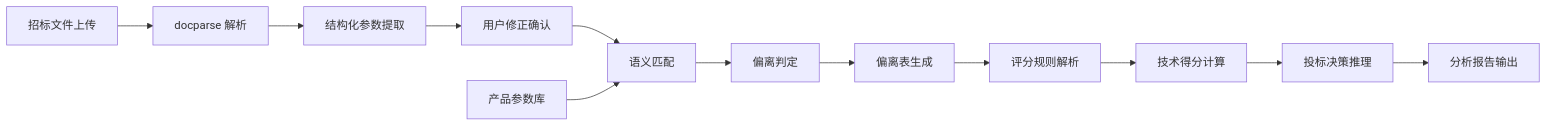
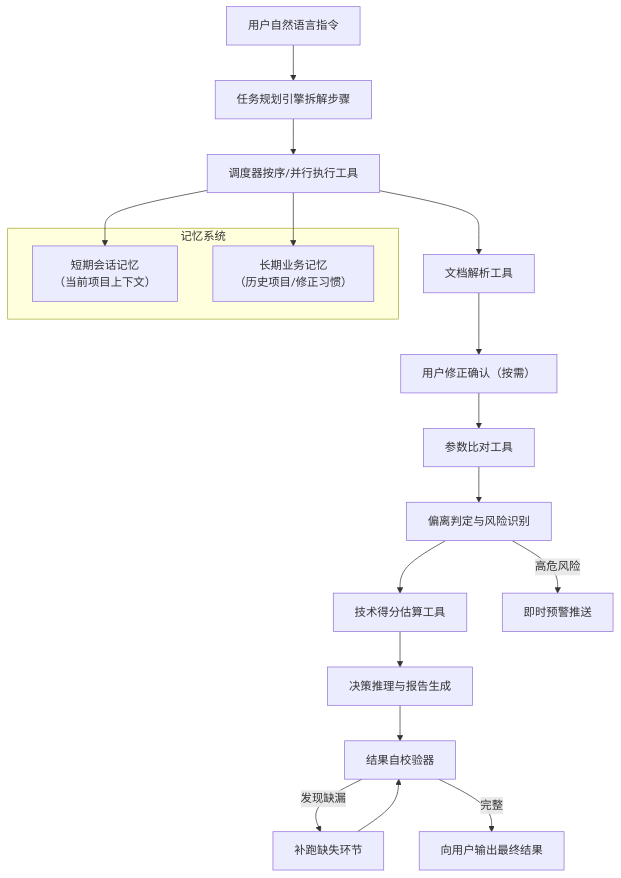
The second of 5 diagrams in .monkeycode/specs/bid-parameter-intelligent-analysis/design.md (weilian321/-), drawn with Mermaid before and after one commit. The commit also changed other lines of this file and 1 other file, not shown here.

````diff
--- a/.monkeycode/specs/bid-parameter-intelligent-analysis/design.md
+++ b/.monkeycode/specs/bid-parameter-intelligent-analysis/design.md
@@ -42,14 +74,24 @@
 ```mermaid
-flowchart LR
-    A["招标文件上传"] --> B["docparse 解析"]
-    B --> C["结构化参数提取"]
-    C --> D["用户修正确认"]
-    D --> E["语义匹配"]
-    F["产品参数库"] --> E
-    E --> G["偏离判定"]
-    G --> H["偏离表生成"]
-    H --> I["评分规则解析"]
-    I --> J["技术得分计算"]
-    J --> K["投标决策推理"]
-    K --> L["分析报告输出"]
+flowchart TB
+    A["用户自然语言指令"] --> B["任务规划引擎拆解步骤"]
+    B --> C["调度器按序/并行执行工具"]
+    C --> D["文档解析工具"]
+    D --> E["用户修正确认（按需）"]
+    E --> F["参数比对工具"]
+    F --> G["偏离判定与风险识别"]
+    G --> H["技术得分估算工具"]
+    H --> I["决策推理与报告生成"]
+    I --> J["结果自校验器"]
+    J -->|"发现缺漏"| K["补跑缺失环节"]
+    J -->|"完整"| L["向用户输出最终结果"]
+    K --> J
+
+    subgraph Memory["记忆系统"]
+        M["短期会话记忆<br/>（当前项目上下文）"]
+        N["长期业务记忆<br/>（历史项目/修正习惯）"]
+    end
+
+    C --> M
+    C --> N
+    G -->|"高危风险"| O["即时预警推送"]
 ```
````
